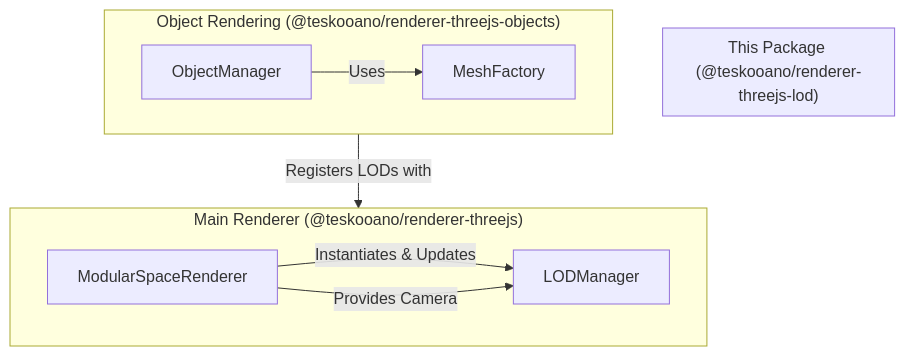
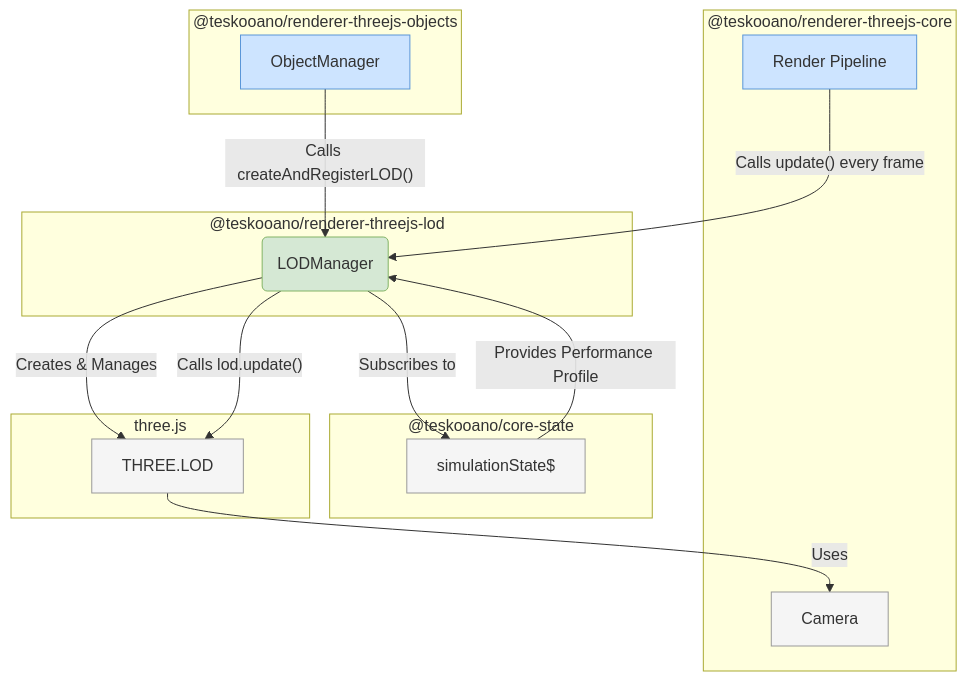
The diagram in packages/renderer/threejs-lod/ARCHITECTURE.md (tanepiper/teskooano), drawn with Mermaid before and after one commit. The commit also changed other lines of this file and 32 other files, not shown here.

````diff
--- a/packages/renderer/threejs-lod/ARCHITECTURE.md
+++ b/packages/renderer/threejs-lod/ARCHITECTURE.md
@@ -17,19 +20,39 @@
 ```mermaid
 graph TD
-    subgraph "Main Renderer (@teskooano/renderer-threejs)"
-        direction LR
-        A[ModularSpaceRenderer] -- "Instantiates & Updates" --> B;
-        A -- "Provides Camera" --> B;
+    subgraph "@teskooano/renderer-threejs-objects"
+        OM[ObjectManager]
     end
 
-    subgraph "This Package (@teskooano/renderer-threejs-lod)"
-        direction LR
-        B[LODManager]
+    subgraph "@teskooano/renderer-threejs-core"
+        RP[Render Pipeline]
+        Cam[Camera]
     end
 
-    subgraph "Object Rendering (@teskooano/renderer-threejs-objects)"
-        direction LR
-        C[ObjectManager] -- "Uses" --> D[MeshFactory]
-        D -- "Registers LODs with" --> B
+    subgraph "@teskooano/renderer-threejs-lod"
+        LODM(LODManager)
     end
+
+    subgraph "@teskooano/core-state"
+        State[simulationState$]
+    end
+
+    subgraph "three.js"
+        LOD[THREE.LOD]
+    end
+
+    OM -- "Calls createAndRegisterLOD()" --> LODM;
+    LODM -- "Creates & Manages" --> LOD;
+    LODM -- "Subscribes to" --> State;
+    State -- "Provides Performance Profile" --> LODM;
+
+    RP -- "Calls update() every frame" --> LODM;
+    LODM -- "Calls lod.update()" --> LOD;
+    LOD -- "Uses" --> Cam;
+
+    classDef consumer fill:#cde4ff,stroke:#5a96d8;
+    classDef manager fill:#d5e8d4,stroke:#82b366;
+    classDef three fill:#f5f5f5,stroke:#999;
+    class OM,RP consumer;
+    class LODM manager;
+    class Cam,LOD,State three;
 ```
````
